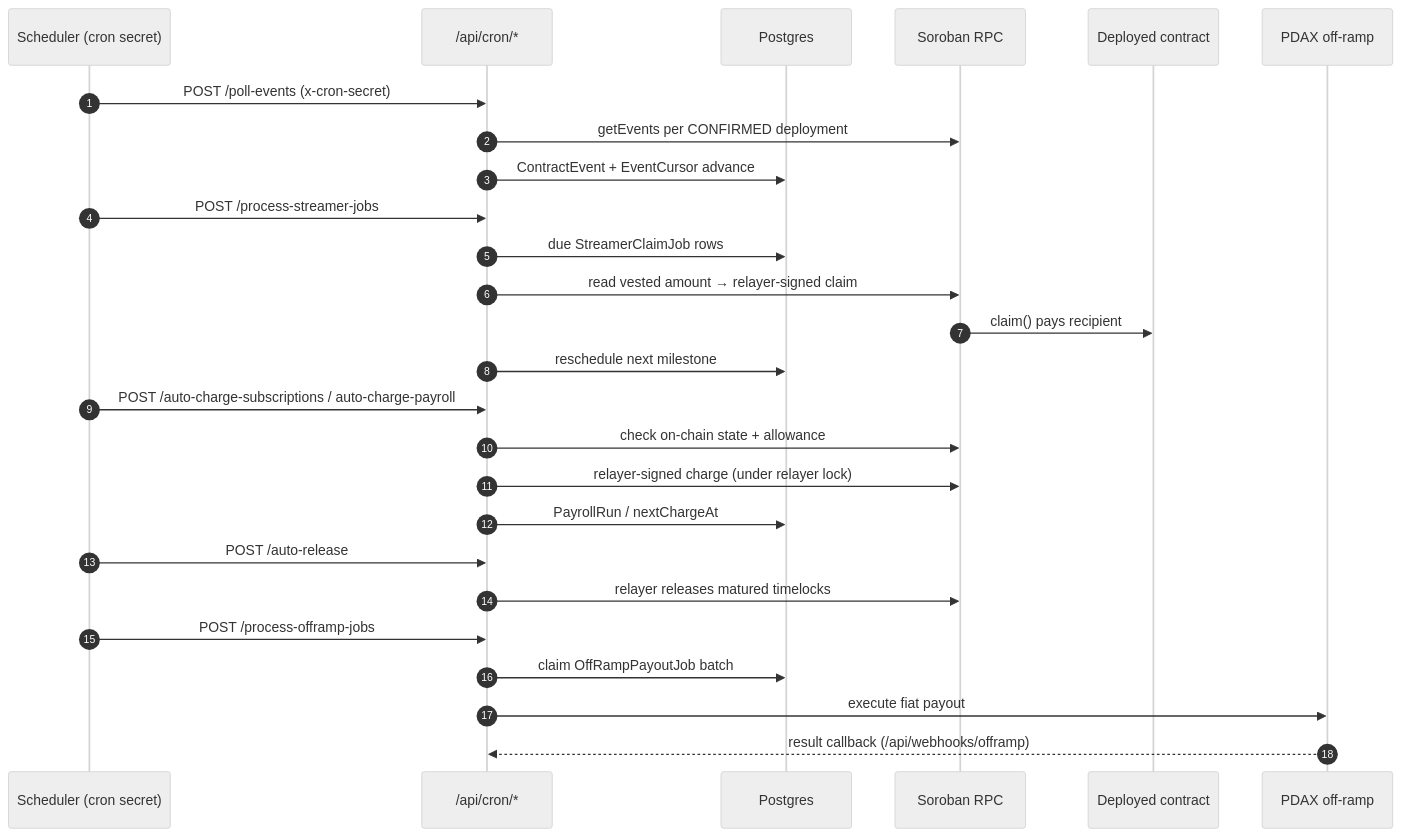
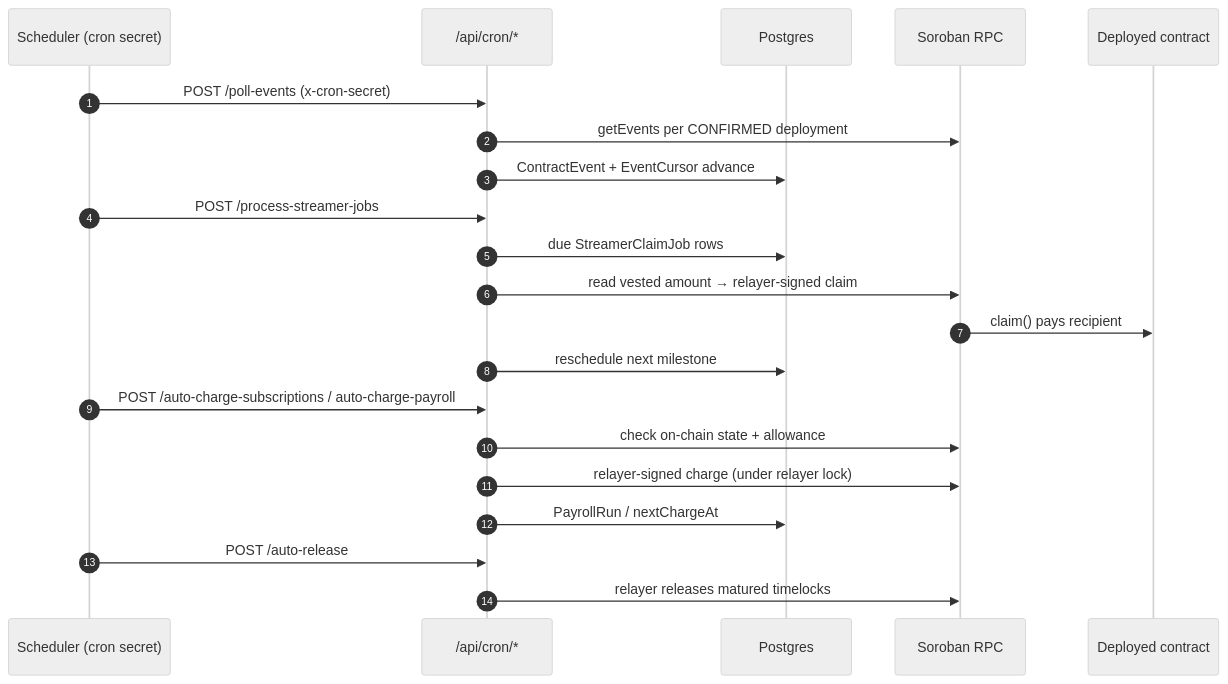
The fifth of 5 diagrams in docs/architecture-diagrams.md (artisam-paiflow/paiflow), drawn with Mermaid (neutral theme) before and after one commit. The commit also changed other lines of this file and 177 other files, not shown here.

````diff
--- a/docs/architecture-diagrams.md
+++ b/docs/architecture-diagrams.md
@@ -175,33 +173,28 @@
 ```mermaid
 sequenceDiagram
     autonumber
     participant Sched as Scheduler (cron secret)
     participant Cron as /api/cron/*
     participant DB as Postgres
     participant RPC as Soroban RPC
     participant C as Deployed contract
-    participant PDAX as PDAX off-ramp
 
     Sched->>Cron: POST /poll-events (x-cron-secret)
     Cron->>RPC: getEvents per CONFIRMED deployment
     Cron->>DB: ContractEvent + EventCursor advance
 
     Sched->>Cron: POST /process-streamer-jobs
     Cron->>DB: due StreamerClaimJob rows
     Cron->>RPC: read vested amount → relayer-signed claim
     RPC->>C: claim() pays recipient
     Cron->>DB: reschedule next milestone
 
     Sched->>Cron: POST /auto-charge-subscriptions / auto-charge-payroll
     Cron->>RPC: check on-chain state + allowance
     Cron->>RPC: relayer-signed charge (under relayer lock)
     Cron->>DB: PayrollRun / nextChargeAt
 
     Sched->>Cron: POST /auto-release
     Cron->>RPC: relayer releases matured timelocks
 
-    Sched->>Cron: POST /process-offramp-jobs
-    Cron->>DB: claim OffRampPayoutJob batch
-    Cron->>PDAX: execute fiat payout
-    PDAX-->>Cron: result callback (/api/webhooks/offramp)
 ```
````
